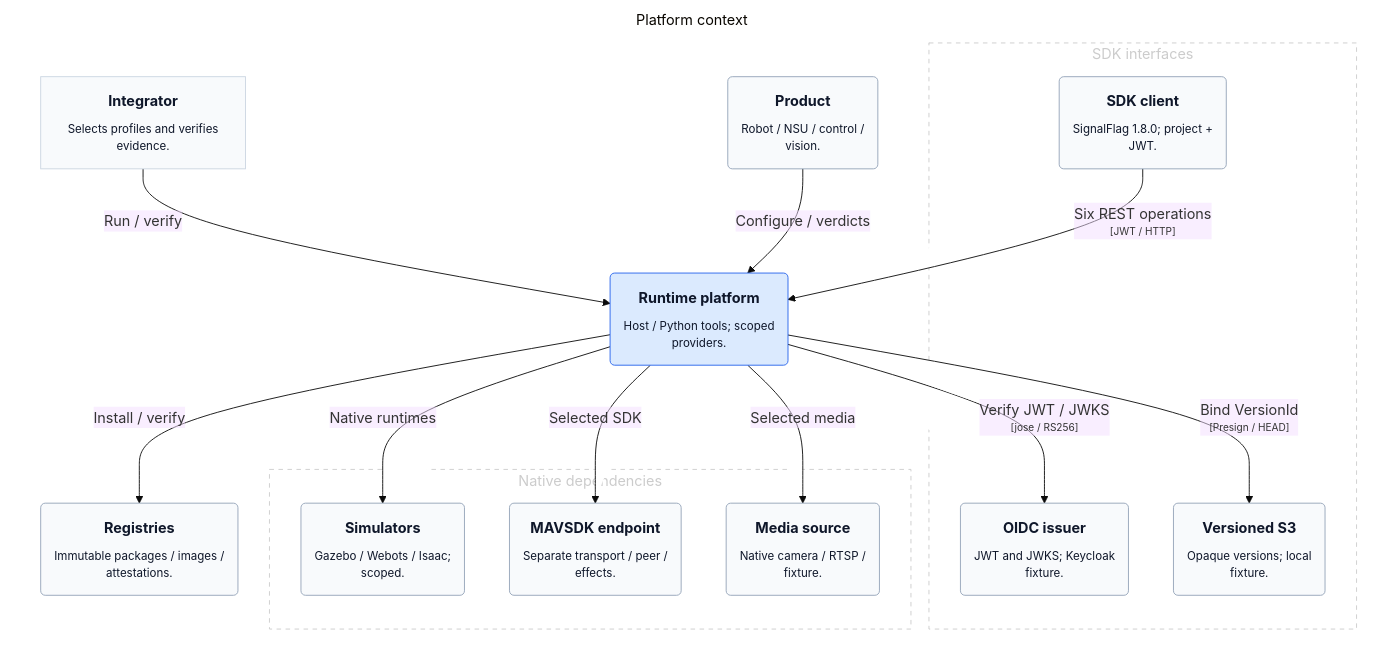
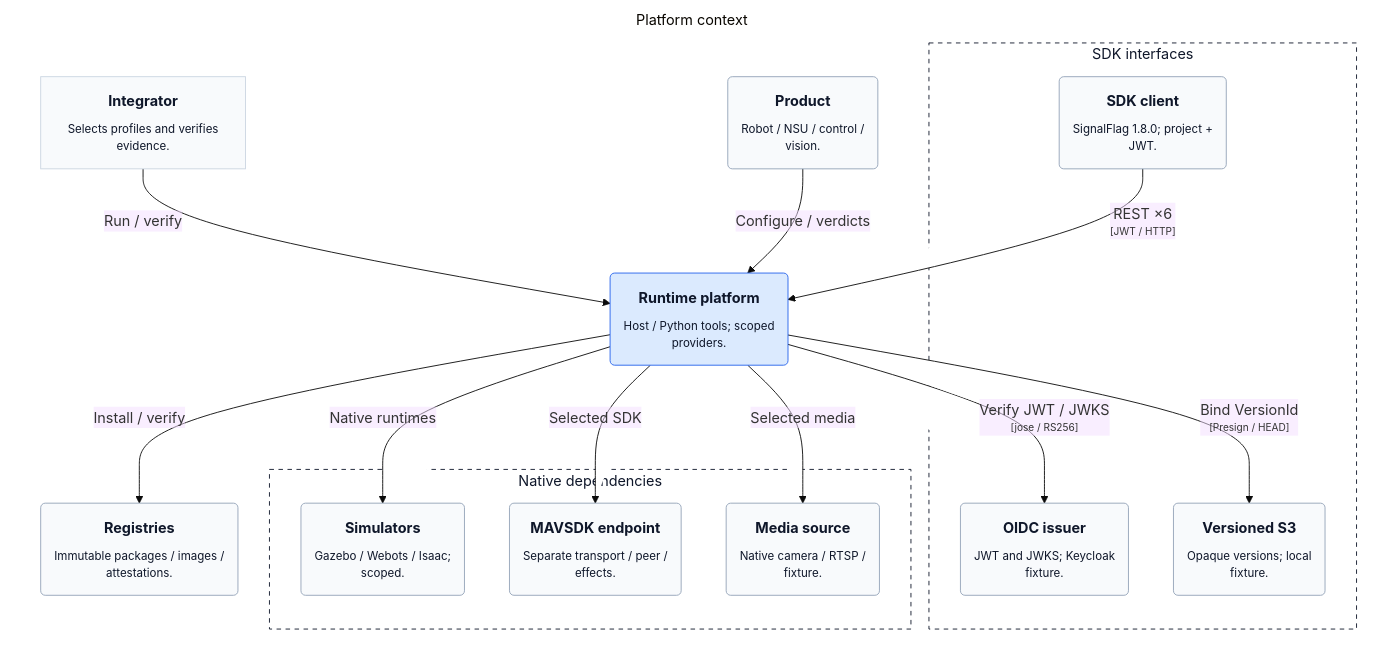
One commit to mmkolpakov/robotics-runtime changed the diagram in docs/architecture/generated/structurizr-Context.mmd. Above: the diagram before and after it, drawn with Mermaid (base theme). The commit also changed 12 other files, not shown here.

```diff
--- a/docs/architecture/generated/structurizr-Context.mmd
+++ b/docs/architecture/generated/structurizr-Context.mmd
@@ -1,48 +1,48 @@
 graph LR
   linkStyle default fill:#ffffff
 
   subgraph diagram ["Platform context"]
     style diagram fill:#ffffff,stroke:#ffffff
 
     subgraph group1 ["Native dependencies"]
-      style group1 fill:#ffffff,stroke:#cccccc,color:#cccccc,stroke-dasharray:5
+      style group1 fill:#ffffff,stroke:#0f172a,color:#0f172a,stroke-dasharray:5
 
       3("<div style='font-weight: bold'>Simulators</div><div style='font-size: 80%; margin-top:10px'>Gazebo / Webots / Isaac;<br />scoped.</div>")
       style 3 fill:#f8fafc,stroke:#94a3b8,color:#0f172a
       4("<div style='font-weight: bold'>MAVSDK endpoint</div><div style='font-size: 80%; margin-top:10px'>Separate transport / peer /<br />effects.</div>")
       style 4 fill:#f8fafc,stroke:#94a3b8,color:#0f172a
       5("<div style='font-weight: bold'>Media source</div><div style='font-size: 80%; margin-top:10px'>Native camera / RTSP /<br />fixture.</div>")
       style 5 fill:#f8fafc,stroke:#94a3b8,color:#0f172a
     end
 
     subgraph group2 ["SDK interfaces"]
-      style group2 fill:#ffffff,stroke:#cccccc,color:#cccccc,stroke-dasharray:5
+      style group2 fill:#ffffff,stroke:#0f172a,color:#0f172a,stroke-dasharray:5
 
       17("<div style='font-weight: bold'>SDK client</div><div style='font-size: 80%; margin-top:10px'>SignalFlag 1.8.0; project +<br />JWT.</div>")
       style 17 fill:#f8fafc,stroke:#94a3b8,color:#0f172a
       18("<div style='font-weight: bold'>OIDC issuer</div><div style='font-size: 80%; margin-top:10px'>JWT and JWKS; Keycloak<br />fixture.</div>")
       style 18 fill:#f8fafc,stroke:#94a3b8,color:#0f172a
       19("<div style='font-weight: bold'>Versioned S3</div><div style='font-size: 80%; margin-top:10px'>Opaque versions; local<br />fixture.</div>")
       style 19 fill:#f8fafc,stroke:#94a3b8,color:#0f172a
     end
 
     1["<div style='font-weight: bold'>Integrator</div><div style='font-size: 80%; margin-top:10px'>Selects profiles and verifies<br />evidence.</div>"]
     style 1 fill:#f8fafc,stroke:#cbd5e1,color:#0f172a
     2("<div style='font-weight: bold'>Product</div><div style='font-size: 80%; margin-top:10px'>Robot / NSU / control /<br />vision.</div>")
     style 2 fill:#f8fafc,stroke:#94a3b8,color:#0f172a
     6("<div style='font-weight: bold'>Registries</div><div style='font-size: 80%; margin-top:10px'>Immutable packages / images /<br />attestations.</div>")
     style 6 fill:#f8fafc,stroke:#94a3b8,color:#0f172a
     7("<div style='font-weight: bold'>Runtime platform</div><div style='font-size: 80%; margin-top:10px'>Host / Python tools; scoped<br />providers.</div>")
     style 7 fill:#dbeafe,stroke:#2563eb,color:#0f172a
 
     1-- "<div>Run / verify</div><div style='font-size: 70%'></div>" -->7
     2-- "<div>Configure / verdicts</div><div style='font-size: 70%'></div>" -->7
     7-- "<div>Native runtimes</div><div style='font-size: 70%'></div>" -->3
     7-- "<div>Selected SDK</div><div style='font-size: 70%'></div>" -->4
     7-- "<div>Selected media</div><div style='font-size: 70%'></div>" -->5
     7-- "<div>Install / verify</div><div style='font-size: 70%'></div>" -->6
-    17-- "<div>Six REST operations</div><div style='font-size: 70%'>[JWT / HTTP]</div>" -->7
+    17-- "<div>REST ×6</div><div style='font-size: 70%'>[JWT / HTTP]</div>" -->7
     7-- "<div>Verify JWT / JWKS</div><div style='font-size: 70%'>[jose / RS256]</div>" -->18
     7-- "<div>Bind VersionId</div><div style='font-size: 70%'>[Presign / HEAD]</div>" -->19
 
   end
```
